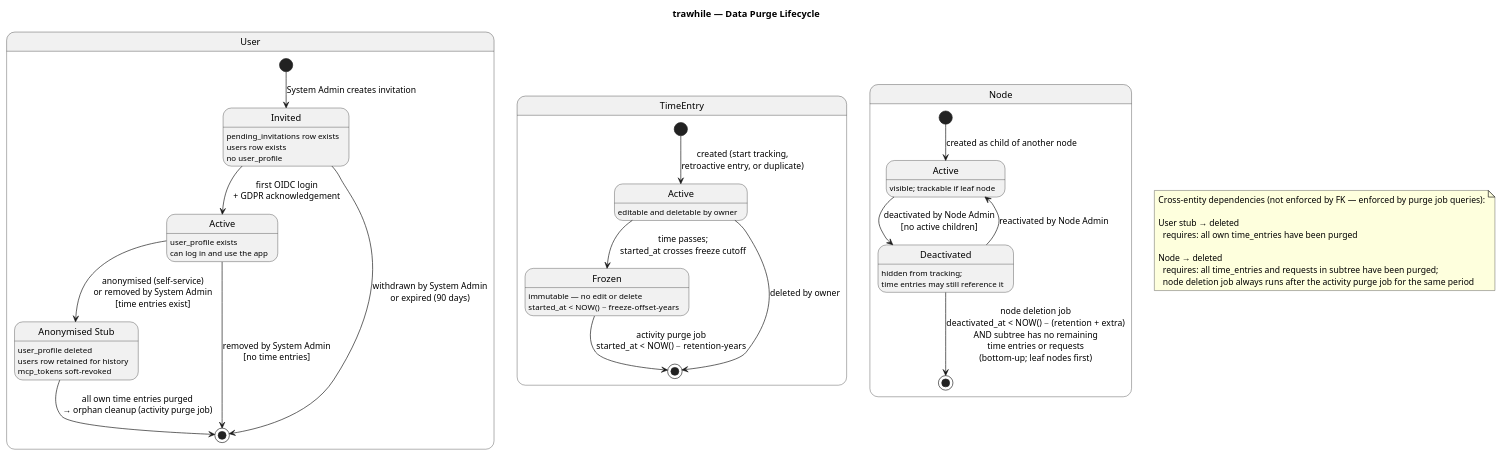
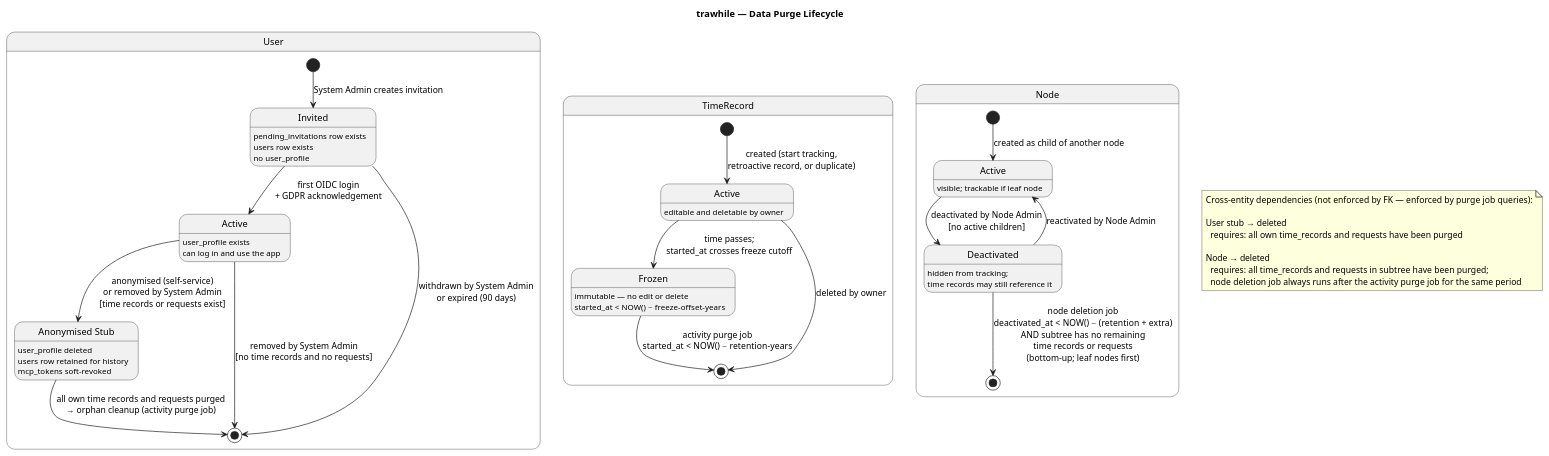
Before and after one commit to uCore7/trawhile: the diagram in docs/uml/state-purge-lifecycle.puml, drawn with PlantUML. The commit also changed 59 other files, not shown here.

```diff
--- a/docs/uml/state-purge-lifecycle.puml
+++ b/docs/uml/state-purge-lifecycle.puml
@@ -1,60 +1,60 @@
 @startuml state-purge-lifecycle
 title trawhile — Data Purge Lifecycle
 
 ' =====================================================================
 ' User lifecycle
 ' =====================================================================
 state "User" as User_S {
   state "Invited" as Invited : pending_invitations row exists\nusers row exists\nno user_profile
   state "Active" as Active : user_profile exists\ncan log in and use the app
   state "Anonymised Stub" as Stub : user_profile deleted\nusers row retained for history\nmcp_tokens soft-revoked
 
   [*] --> Invited         : System Admin creates invitation
   Invited --> Active      : first OIDC login\n+ GDPR acknowledgement
   Invited --> [*]         : withdrawn by System Admin\nor expired (90 days)
-  Active --> Stub         : anonymised (self-service)\nor removed by System Admin\n[time entries exist]
-  Active --> [*]          : removed by System Admin\n[no time entries]
-  Stub --> [*]            : all own time entries purged\n→ orphan cleanup (activity purge job)
+  Active --> Stub         : anonymised (self-service)\nor removed by System Admin\n[time records or requests exist]
+  Active --> [*]          : removed by System Admin\n[no time records and no requests]
+  Stub --> [*]            : all own time records and requests purged\n→ orphan cleanup (activity purge job)
 }
 
 ' =====================================================================
-' TimeEntry lifecycle
+' TimeRecord lifecycle
 ' =====================================================================
-state "TimeEntry" as TE_S {
+state "TimeRecord" as TE_S {
   state "Active" as TE_Active : editable and deletable by owner
   state "Frozen" as TE_Frozen : immutable — no edit or delete\nstarted_at < NOW() − freeze-offset-years
 
-  [*] --> TE_Active        : created (start tracking,\nretroactive entry, or duplicate)
+  [*] --> TE_Active        : created (start tracking,\nretroactive record, or duplicate)
   TE_Active --> [*]        : deleted by owner
   TE_Active --> TE_Frozen  : time passes;\nstarted_at crosses freeze cutoff
   TE_Frozen --> [*]        : activity purge job\nstarted_at < NOW() − retention-years
 }
 
 ' =====================================================================
 ' Node lifecycle
 ' =====================================================================
 state "Node" as Node_S {
   state "Active" as N_Active : visible; trackable if leaf node
-  state "Deactivated" as N_Deactivated : hidden from tracking;\ntime entries may still reference it
+  state "Deactivated" as N_Deactivated : hidden from tracking;\ntime records may still reference it
 
   [*] --> N_Active             : created as child of another node
   N_Active --> N_Deactivated   : deactivated by Node Admin\n[no active children]
   N_Deactivated --> N_Active   : reactivated by Node Admin
-  N_Deactivated --> [*]        : node deletion job\ndeactivated_at < NOW() − (retention + extra)\nAND subtree has no remaining\ntime entries or requests\n(bottom-up; leaf nodes first)
+  N_Deactivated --> [*]        : node deletion job\ndeactivated_at < NOW() − (retention + extra)\nAND subtree has no remaining\ntime records or requests\n(bottom-up; leaf nodes first)
 }
 
 ' =====================================================================
 ' Cross-entity dependencies
 ' =====================================================================
 note as CrossRef
   Cross-entity dependencies (not enforced by FK — enforced by purge job queries):
 
   User stub → deleted
-    requires: all own time_entries have been purged
+    requires: all own time_records and requests have been purged
 
   Node → deleted
-    requires: all time_entries and requests in subtree have been purged;
+    requires: all time_records and requests in subtree have been purged;
     node deletion job always runs after the activity purge job for the same period
 end note
 
 @enduml
```
